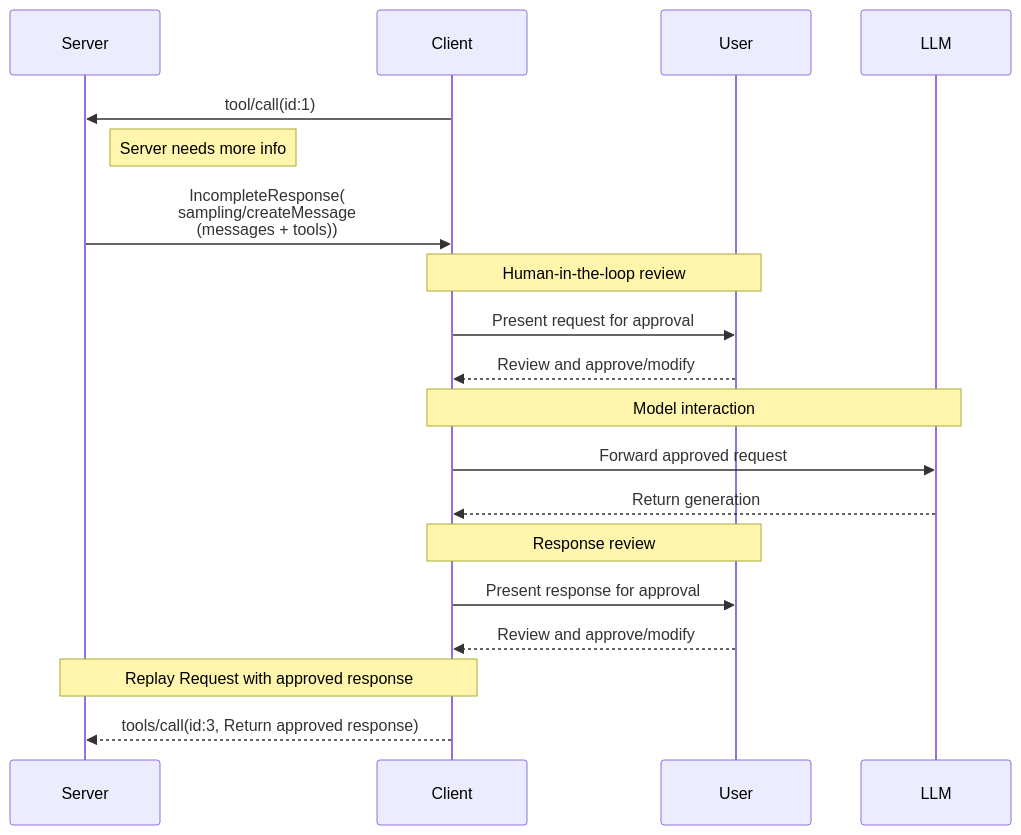
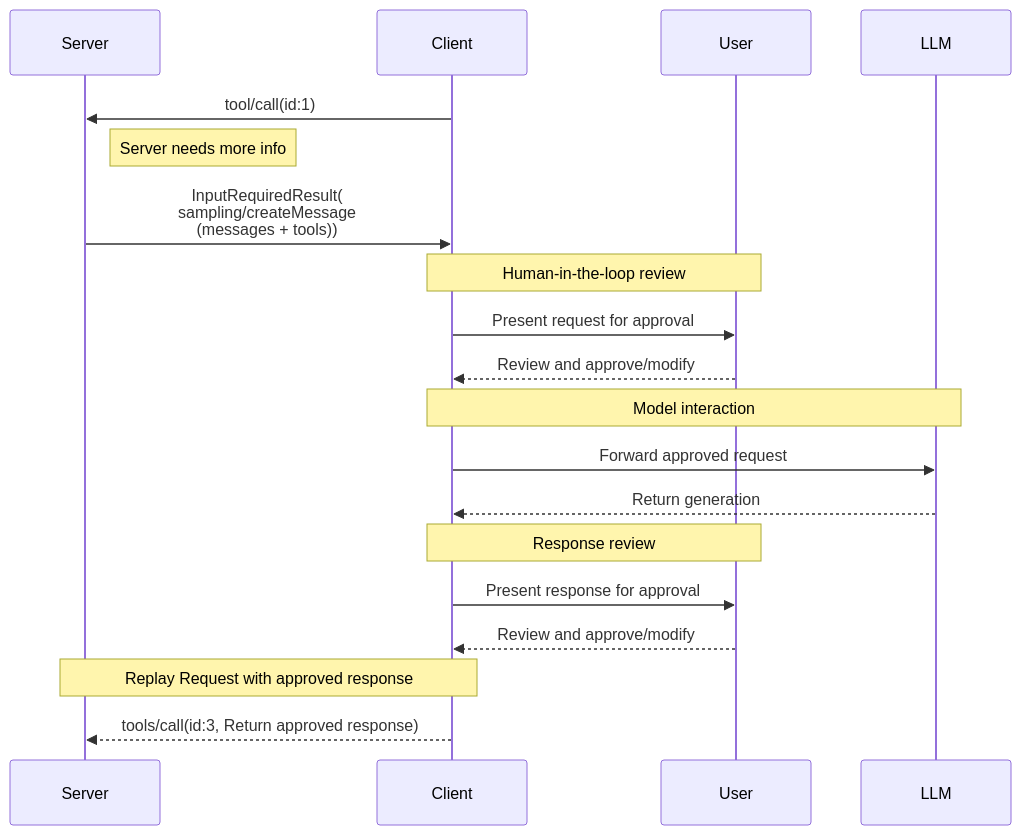
One commit to HIDORAKAI002/ai-workspace-archive changed the second of 2 diagrams in mcp_ecosystem__model_context_protocol/official_mcp_repositories__anthropic/modelcontextprotocol/docs/specification/draft/client/sampling.mdx. Above: the diagram before and after it, drawn with Mermaid. The commit also changed other lines of this file and 2257 other files, not shown here.

````diff
--- a/mcp_ecosystem__model_context_protocol/official_mcp_repositories__anthropic/modelcontextprotocol/docs/specification/draft/client/sampling.mdx
+++ b/mcp_ecosystem__model_context_protocol/official_mcp_repositories__anthropic/modelcontextprotocol/docs/specification/draft/client/sampling.mdx
@@ -490,26 +498,26 @@
 ```mermaid
 sequenceDiagram
     participant Server
     participant Client
     participant User
     participant LLM
 
     Client->>Server: tool/call(id:1)
     note right of Server: Server needs more info
-    Server->>Client: IncompleteResponse(<br/>sampling/createMessage<br/>(messages + tools))
+    Server->>Client: InputRequiredResult(<br/>sampling/createMessage<br/>(messages + tools))
 
     Note over Client,User: Human-in-the-loop review
     Client->>User: Present request for approval
     User-->>Client: Review and approve/modify
 
     Note over Client,LLM: Model interaction
     Client->>LLM: Forward approved request
     LLM-->>Client: Return generation
 
     Note over Client,User: Response review
     Client->>User: Present response for approval
     User-->>Client: Review and approve/modify
 
     Note over Server,Client: Replay Request with approved response
     Client-->>Server: tools/call(id:3, Return approved response)
 ```
````
